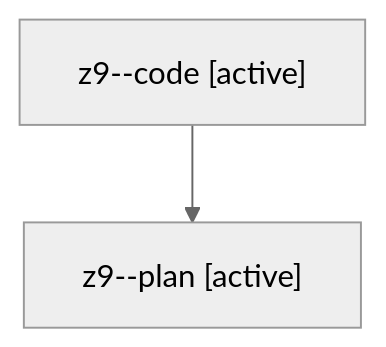
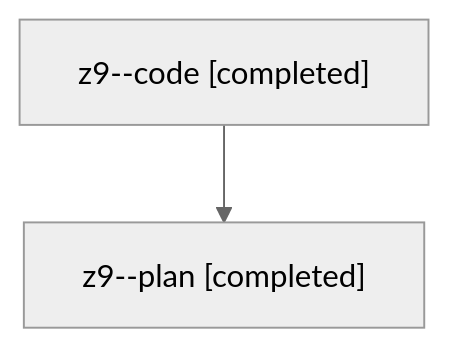
One commit to sase-org/sase--agents changed the diagram in families/bbugyi200.athena.z9.md. Above: the diagram before and after it, drawn with Mermaid (neutral theme). The commit also changed other lines of this file and 28 other files, not shown here.

````diff
--- a/families/bbugyi200.athena.z9.md
+++ b/families/bbugyi200.athena.z9.md
@@ -9,6 +9,6 @@
 ```mermaid
 flowchart TD
-  n0["z9--code [active]"]
-  n1["z9--plan [active]"]
+  n0["z9--code [completed]"]
+  n1["z9--plan [completed]"]
   n0 --> n1
 ```
````
